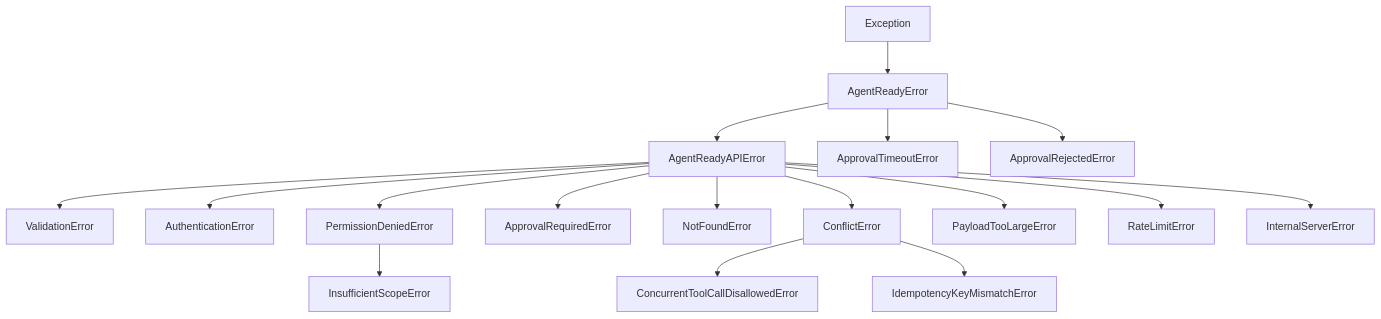
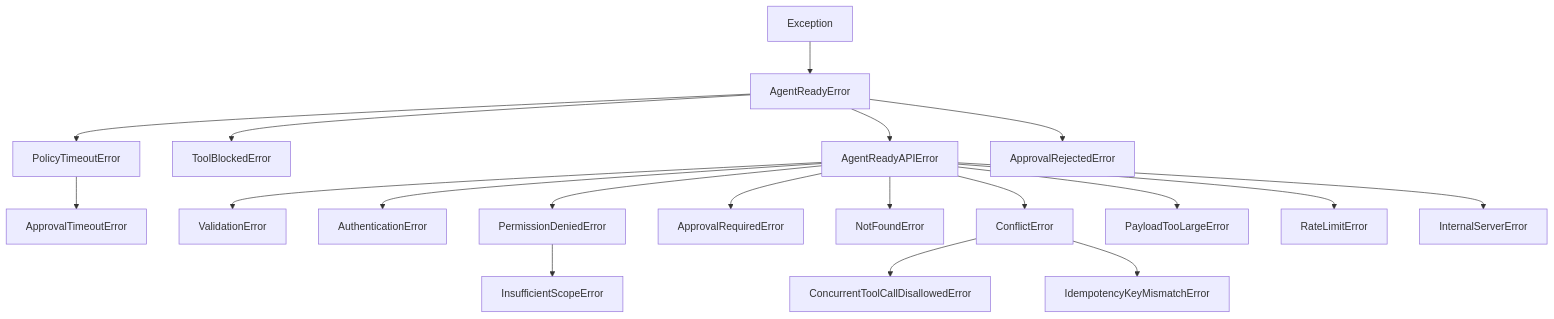
The second of 2 diagrams in README.md (Deadeye102000/Agentready-governance-sdk), drawn with Mermaid before and after one commit. The commit also changed other lines of this file, not shown here.

````diff
--- a/README.md
+++ b/README.md
@@ -565,20 +748,22 @@
 ```mermaid
 graph TD
     Exception --> AgentReadyError
     AgentReadyError --> AgentReadyAPIError
-    AgentReadyError --> ApprovalTimeoutError
+    AgentReadyError --> ToolBlockedError
+    AgentReadyError --> PolicyTimeoutError
+    PolicyTimeoutError --> ApprovalTimeoutError
     AgentReadyError --> ApprovalRejectedError
     
     AgentReadyAPIError --> ValidationError
     AgentReadyAPIError --> AuthenticationError
     AgentReadyAPIError --> PermissionDeniedError
     PermissionDeniedError --> InsufficientScopeError
     AgentReadyAPIError --> ApprovalRequiredError
     AgentReadyAPIError --> NotFoundError
     AgentReadyAPIError --> ConflictError
     ConflictError --> ConcurrentToolCallDisallowedError
     ConflictError --> IdempotencyKeyMismatchError
     AgentReadyAPIError --> PayloadTooLargeError
     AgentReadyAPIError --> RateLimitError
     AgentReadyAPIError --> InternalServerError
 ```
````
